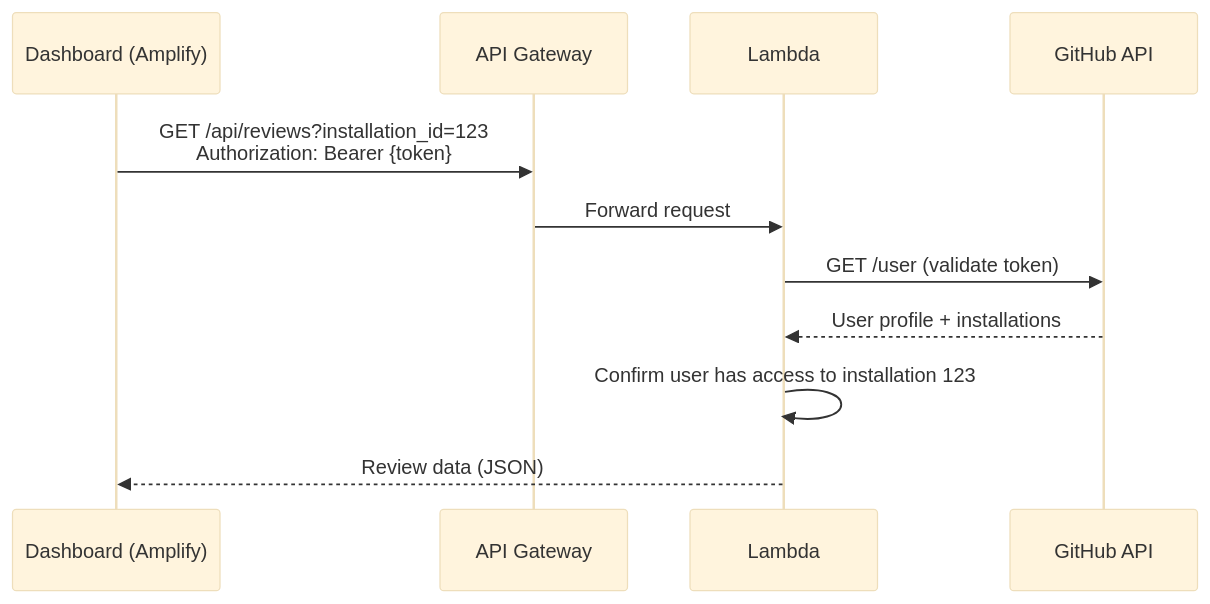
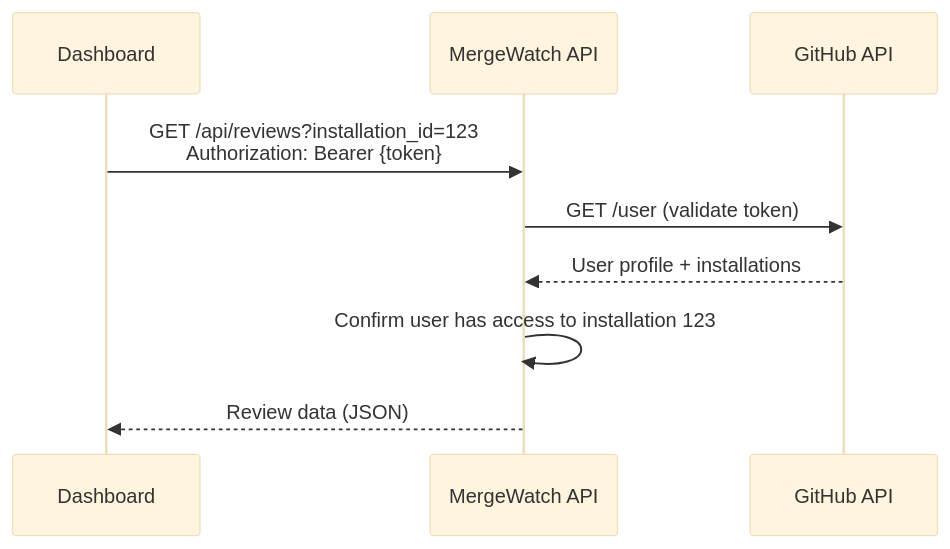
One commit to santthosh/documentation changed the second of 2 diagrams in dashboard/deployment.mdx. Above: the diagram before and after it, drawn with Mermaid (base theme). The commit also changed other lines of this file and 33 other files, not shown here.

First line of the commit message:
Rewrite docs for two-mode architecture (self-hosted + SaaS)

````diff
--- a/dashboard/deployment.mdx
+++ b/dashboard/deployment.mdx
@@ -213,14 +232,12 @@
 ```mermaid
 sequenceDiagram
-    participant Dash as Dashboard (Amplify)
-    participant AG as API Gateway
-    participant Lambda
+    participant Dash as Dashboard
+    participant API as MergeWatch API
     participant GH as GitHub API
 
-    Dash->>AG: GET /api/reviews?installation_id=123<br/>Authorization: Bearer {token}
-    AG->>Lambda: Forward request
-    Lambda->>GH: GET /user (validate token)
-    GH-->>Lambda: User profile + installations
-    Lambda->>Lambda: Confirm user has access to installation 123
-    Lambda-->>Dash: Review data (JSON)
+    Dash->>API: GET /api/reviews?installation_id=123<br/>Authorization: Bearer {token}
+    API->>GH: GET /user (validate token)
+    GH-->>API: User profile + installations
+    API->>API: Confirm user has access to installation 123
+    API-->>Dash: Review data (JSON)
 ```
````
